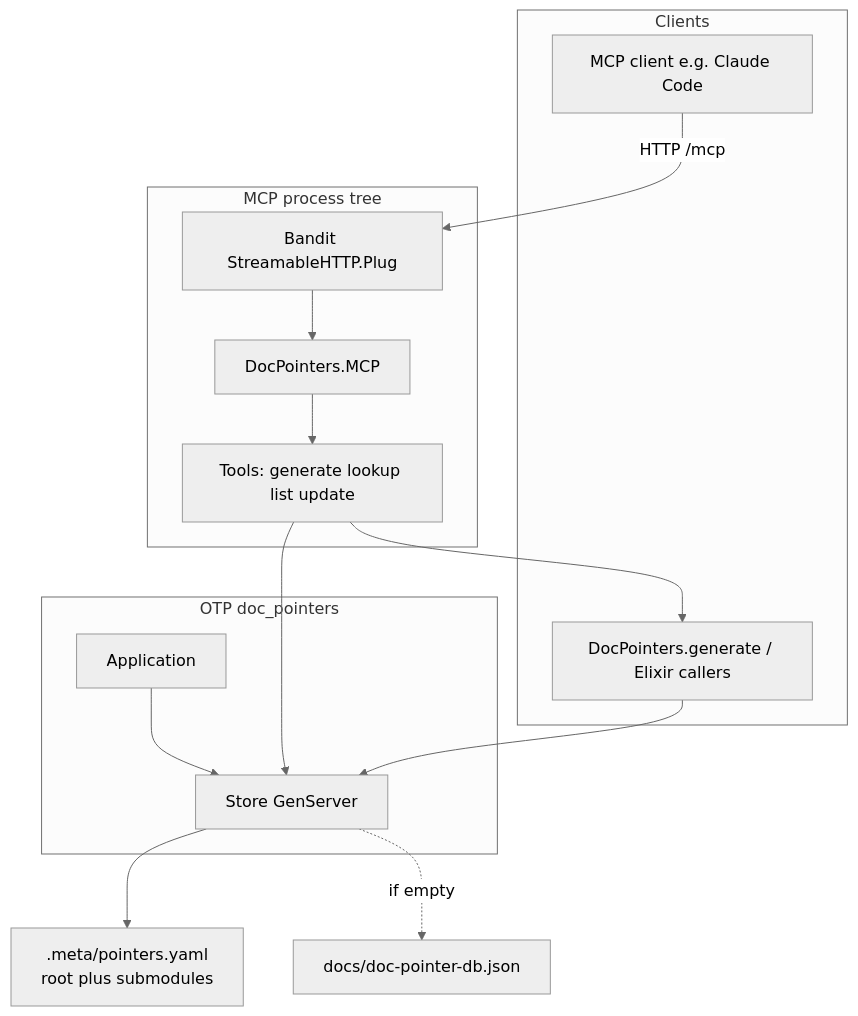
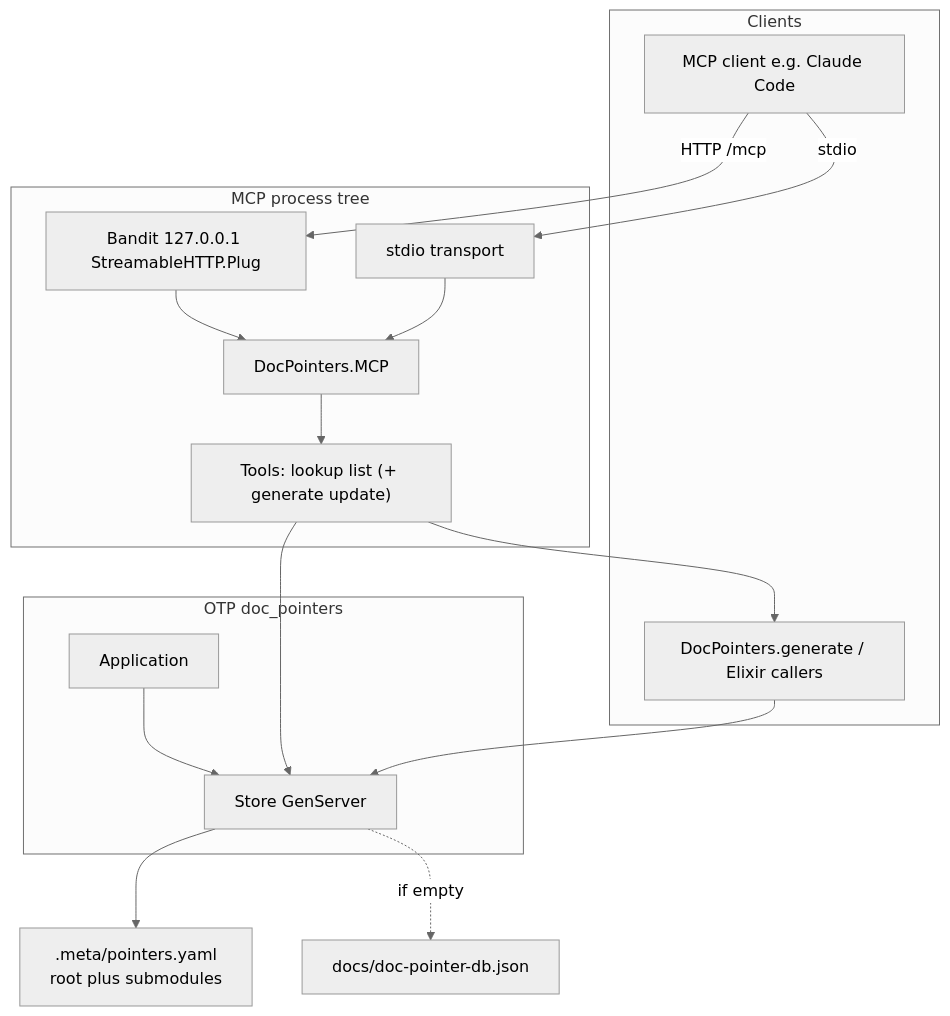
The first of 3 diagrams in docs/PROJ-ARCH.md (the-robot-lives/doc-pointers), drawn with Mermaid (neutral theme) before and after one commit. The commit also changed other lines of this file and 15 other files, not shown here.

Commit message:
feat(mcp): stdio-first local server and least-privilege writes

````diff
--- a/docs/PROJ-ARCH.md
+++ b/docs/PROJ-ARCH.md
@@ -53,29 +56,32 @@
 ```mermaid
 flowchart TB
   subgraph clients [Clients]
     API["DocPointers.generate / Elixir callers"]
     MCPClient["MCP client e.g. Claude Code"]
   end
 
   subgraph otp [OTP doc_pointers]
     App[Application]
     Store["Store GenServer"]
     App --> Store
   end
 
   subgraph mcp_runtime [MCP process tree]
     MCP["DocPointers.MCP"]
-    Bandit["Bandit StreamableHTTP.Plug"]
-    Tools["Tools: generate lookup list update"]
+    Bandit["Bandit 127.0.0.1 StreamableHTTP.Plug"]
+    Stdio["stdio transport"]
+    Tools["Tools: lookup list (+ generate update)"]
     MCP --> Tools
     Bandit --> MCP
+    Stdio --> MCP
   end
 
   API --> Store
   Tools --> Store
   Tools --> API
   MCPClient -->|"HTTP /mcp"| Bandit
+  MCPClient -->|stdio| Stdio
 
   Store --> YAML[".meta/pointers.yaml<br/>root plus submodules"]
   Store -.->|if empty| Legacy["docs/doc-pointer-db.json"]
 ```
````
